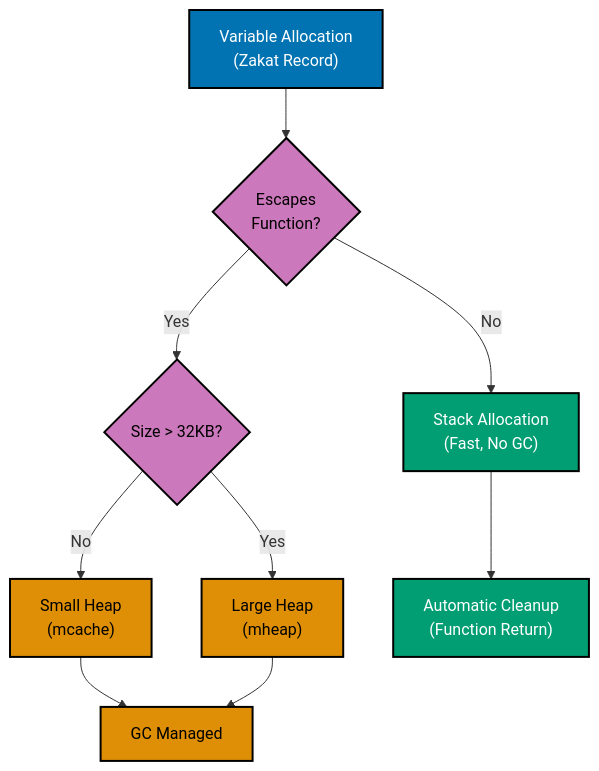
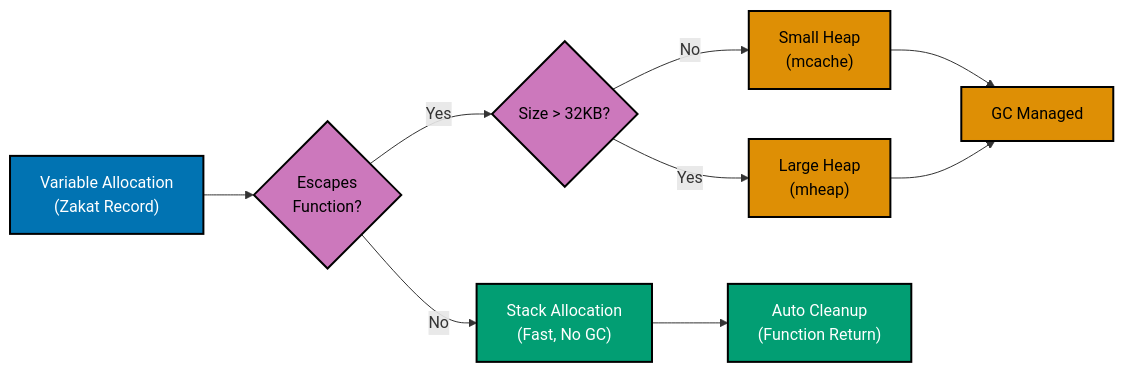
The fourth of 6 diagrams in docs/explanation/software-engineering/programming-languages/golang/performance-standards.md (wahidyankf/open-sharia-enterprise), drawn with Mermaid before and after one commit. The commit also changed other lines of this file and 11 other files, not shown here.

First line of the commit message:
fix(docs): fix mermaid violations in golang docs

````diff
--- a/docs/explanation/software-engineering/programming-languages/golang/performance-standards.md
+++ b/docs/explanation/software-engineering/programming-languages/golang/performance-standards.md
@@ -2436,20 +2436,20 @@
 ```mermaid
 %% Color Palette: Blue #0173B2, Orange #DE8F05, Teal #029E73, Purple #CC78BC
 %% All colors are color-blind friendly and meet WCAG AA contrast standards
 
-graph TD
+graph LR
     A["Variable Allocation<br/>#40;Zakat Record#41;"]:::blue --> B{Escapes<br/>Function?}:::purple
     B -->|No| C["Stack Allocation<br/>#40;Fast, No GC#41;"]:::teal
     B -->|Yes| D{Size > 32KB?}:::purple
     D -->|No| E["Small Heap<br/>#40;mcache#41;"]:::orange
     D -->|Yes| F["Large Heap<br/>#40;mheap#41;"]:::orange
 
-    C --> G["Automatic Cleanup<br/>#40;Function Return#41;"]:::teal
+    C --> G["Auto Cleanup<br/>#40;Function Return#41;"]:::teal
     E --> H["GC Managed"]:::orange
     F --> H
 
     classDef blue fill:#0173B2,stroke:#000000,color:#FFFFFF,stroke-width:2px
     classDef orange fill:#DE8F05,stroke:#000000,color:#000000,stroke-width:2px
     classDef teal fill:#029E73,stroke:#000000,color:#FFFFFF,stroke-width:2px
     classDef purple fill:#CC78BC,stroke:#000000,color:#000000,stroke-width:2px
 ```
````
